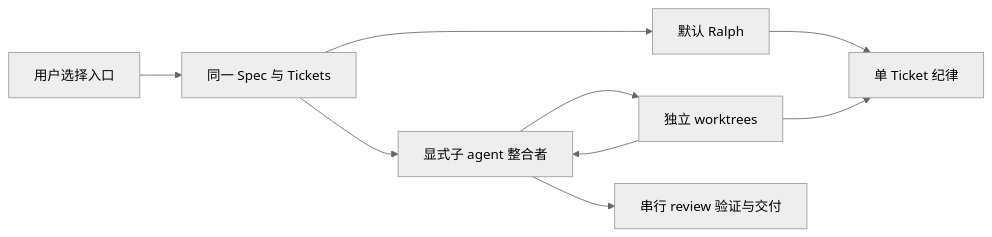
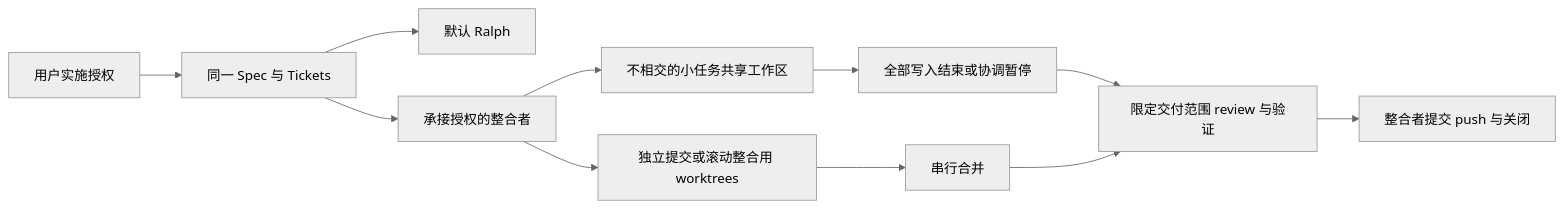
Before and after one commit to liu-qingyuan/skills-sync-lqy: the second of 8 diagrams in docs/architecture/spec-implementation.md, drawn with Mermaid (neutral theme). The commit also changed other lines of this file and 17 other files, not shown here.

````diff
--- a/docs/architecture/spec-implementation.md
+++ b/docs/architecture/spec-implementation.md
@@ -18,8 +19,12 @@
 ```mermaid
 flowchart LR
-    User["用户选择入口"] --> Plan["同一 Spec 与 Tickets"]
-    Plan --> Ralph["默认 Ralph"] --> Implement["单 Ticket 纪律"]
-    Plan --> Coordinator["显式子 agent 整合者"]
-    Coordinator --> Workers["独立 worktrees"] --> Implement
-    Workers --> Coordinator --> Delivery["串行 review 验证与交付"]
+    User["用户实施授权"] --> Plan["同一 Spec 与 Tickets"]
+    Plan --> Ralph["默认 Ralph"]
+    Plan --> C["承接授权的整合者"]
+    C --> Shared["不相交的小任务共享工作区"]
+    C --> Isolated["独立提交或滚动整合用 worktrees"]
+    Shared --> Quiet["全部写入结束或协调暂停"]
+    Isolated --> Merge["串行合并"]
+    Quiet --> Review["限定交付范围 review 与验证"]
+    Merge --> Review --> Delivery["整合者提交 push 与关闭"]
 ```
````
